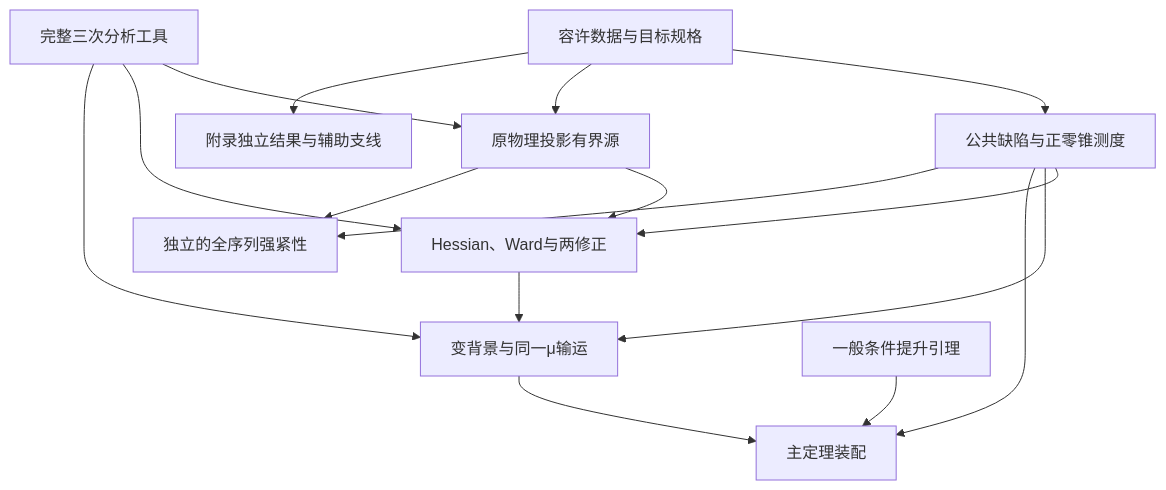
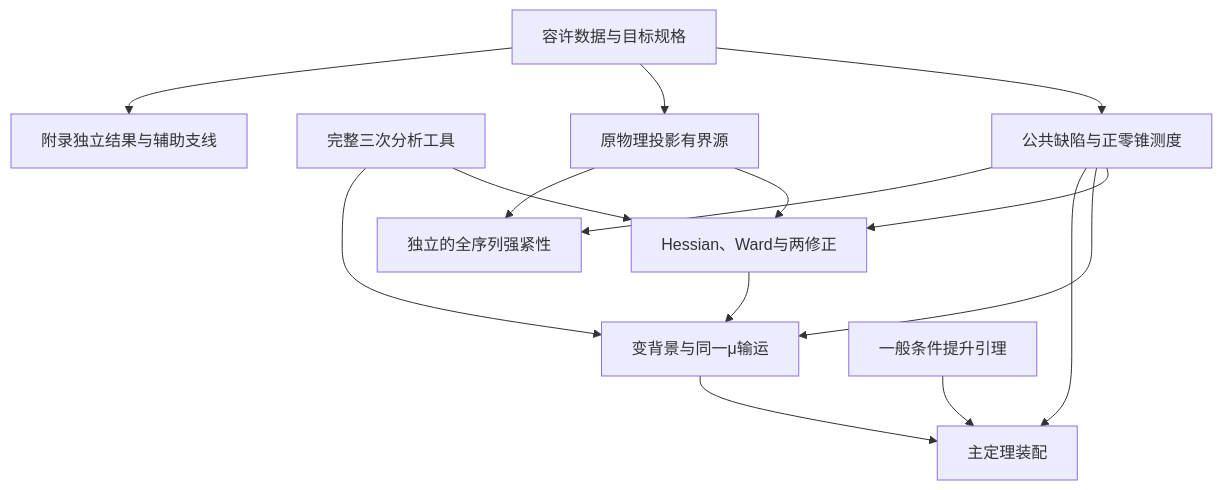
The diagram in docs/formalization/slices.md (Oho1e/Burnett-conjecture), drawn with Mermaid before and after one commit. The commit also changed other lines of this file and 7 other files, not shown here.

````diff
--- a/docs/formalization/slices.md
+++ b/docs/formalization/slices.md
@@ -18,28 +18,27 @@
 ```mermaid
 flowchart TD
   SETUP["容许数据与目标规格"]
   QUAD["公共缺陷与正零锥测度"]
   ANALYSIS["完整三次分析工具"]
   PROJECTION["原物理投影有界源"]
   VERTEX["Hessian、Ward与两修正"]
   TRANSPORT["变背景与同一μ输运"]
   LIFT["一般条件提升引理"]
   MAIN["主定理装配"]
   STRONG["独立的全序列强紧性"]
   APPENDIX["附录独立结果与辅助支线"]
   SETUP --> QUAD
   SETUP --> PROJECTION
-  ANALYSIS --> PROJECTION
   QUAD --> VERTEX
   ANALYSIS --> VERTEX
   PROJECTION --> VERTEX
   VERTEX --> TRANSPORT
   QUAD --> TRANSPORT
   ANALYSIS --> TRANSPORT
   TRANSPORT --> MAIN
   QUAD --> MAIN
   LIFT --> MAIN
   QUAD --> STRONG
   PROJECTION --> STRONG
   SETUP --> APPENDIX
 ```
````
